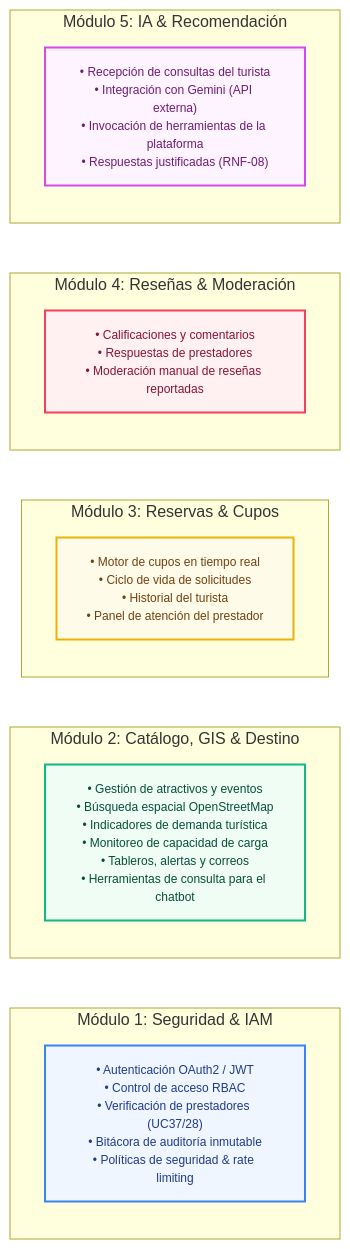
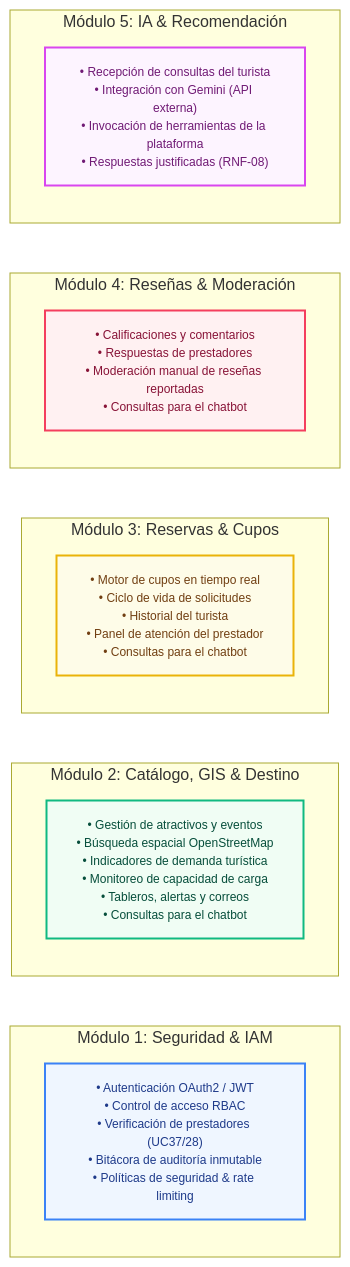
The seventh of 9 diagrams in Documents/Pages/Requirements_docIEEE.md (luifdo/Tourism), drawn with Mermaid before and after one commit. The commit also changed other lines of this file, not shown here.

````diff
--- a/Documents/Pages/Requirements_docIEEE.md
+++ b/Documents/Pages/Requirements_docIEEE.md
@@ -695,33 +695,33 @@
 ```mermaid
 flowchart LR
     classDef cardIAM fill:#eff6ff,stroke:#3b82f6,stroke-width:2px,color:#1e3a8a,font-size:12px;
     classDef cardCat fill:#f0fdf4,stroke:#10b981,stroke-width:2px,color:#064e3b,font-size:12px;
     classDef cardRes fill:#fefce8,stroke:#eab308,stroke-width:2px,color:#713f12,font-size:12px;
     classDef cardRev fill:#fff1f2,stroke:#f43f5e,stroke-width:2px,color:#881337,font-size:12px;
     classDef cardAI fill:#fdf4ff,stroke:#d946ef,stroke-width:2px,color:#701a75,font-size:12px;
 
     subgraph M1["Módulo 1: Seguridad & IAM"]
         direction TB
         C1["• Autenticación OAuth2 / JWT<br>• Control de acceso RBAC<br>• Verificación de prestadores (UC37/28)<br>• Bitácora de auditoría inmutable<br>• Políticas de seguridad & rate limiting"]:::cardIAM
     end
 
     subgraph M2["Módulo 2: Catálogo, GIS & Destino"]
         direction TB
-        C2["• Gestión de atractivos y eventos<br>• Búsqueda espacial OpenStreetMap<br>• Indicadores de demanda turística<br>• Monitoreo de capacidad de carga<br>• Tableros, alertas y correos<br>• Herramientas de consulta para el chatbot"]:::cardCat
+        C2["• Gestión de atractivos y eventos<br>• Búsqueda espacial OpenStreetMap<br>• Indicadores de demanda turística<br>• Monitoreo de capacidad de carga<br>• Tableros, alertas y correos<br>• Consultas para el chatbot"]:::cardCat
     end
 
     subgraph M3["Módulo 3: Reservas & Cupos"]
         direction TB
-        C3["• Motor de cupos en tiempo real<br>• Ciclo de vida de solicitudes<br>• Historial del turista<br>• Panel de atención del prestador"]:::cardRes
+        C3["• Motor de cupos en tiempo real<br>• Ciclo de vida de solicitudes<br>• Historial del turista<br>• Panel de atención del prestador<br>• Consultas para el chatbot"]:::cardRes
     end
 
     subgraph M4["Módulo 4: Reseñas & Moderación"]
         direction TB
-        C4["• Calificaciones y comentarios<br>• Respuestas de prestadores<br>• Moderación manual de reseñas reportadas"]:::cardRev
+        C4["• Calificaciones y comentarios<br>• Respuestas de prestadores<br>• Moderación manual de reseñas reportadas<br>• Consultas para el chatbot"]:::cardRev
     end
 
     subgraph M5["Módulo 5: IA & Recomendación"]
         direction TB
         C5["• Recepción de consultas del turista<br>• Integración con Gemini (API externa)<br>• Invocación de herramientas de la plataforma<br>• Respuestas justificadas (RNF-08)"]:::cardAI
     end
 ```
````
